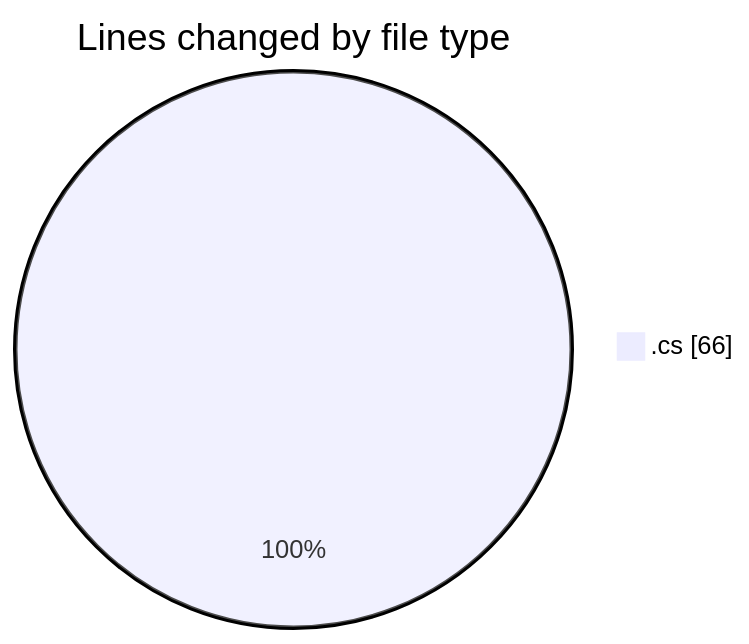
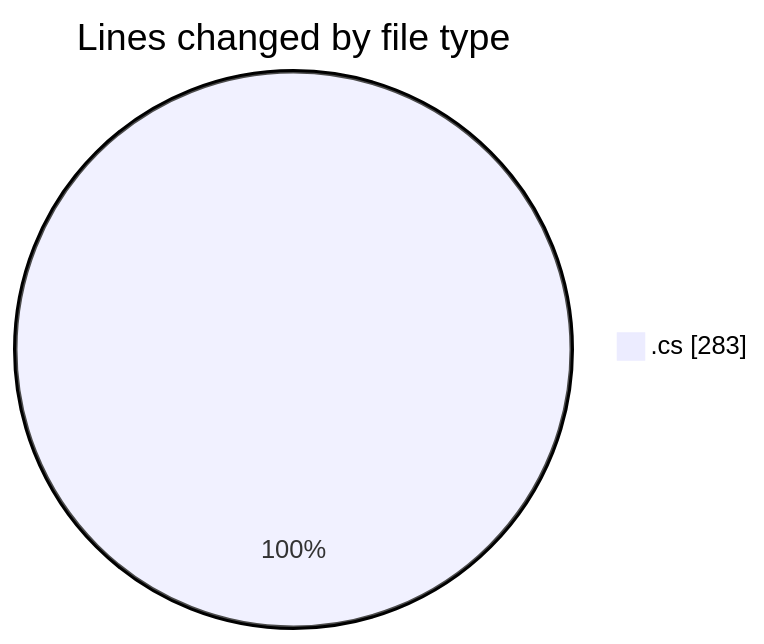
Before and after one commit to lephambinh05/code-tracking: the first of 2 diagrams in 2025-07-15/footballstatsapp/README.md, drawn with Mermaid. The commit also changed other lines of this file and 1 other file, not shown here.

````diff
--- a/2025-07-15/footballstatsapp/README.md
+++ b/2025-07-15/footballstatsapp/README.md
@@ -23,5 +28,5 @@
 ```mermaid
 pie showData
 title Lines changed by file type
-".cs" : 66
+".cs" : 283
 ```
````
